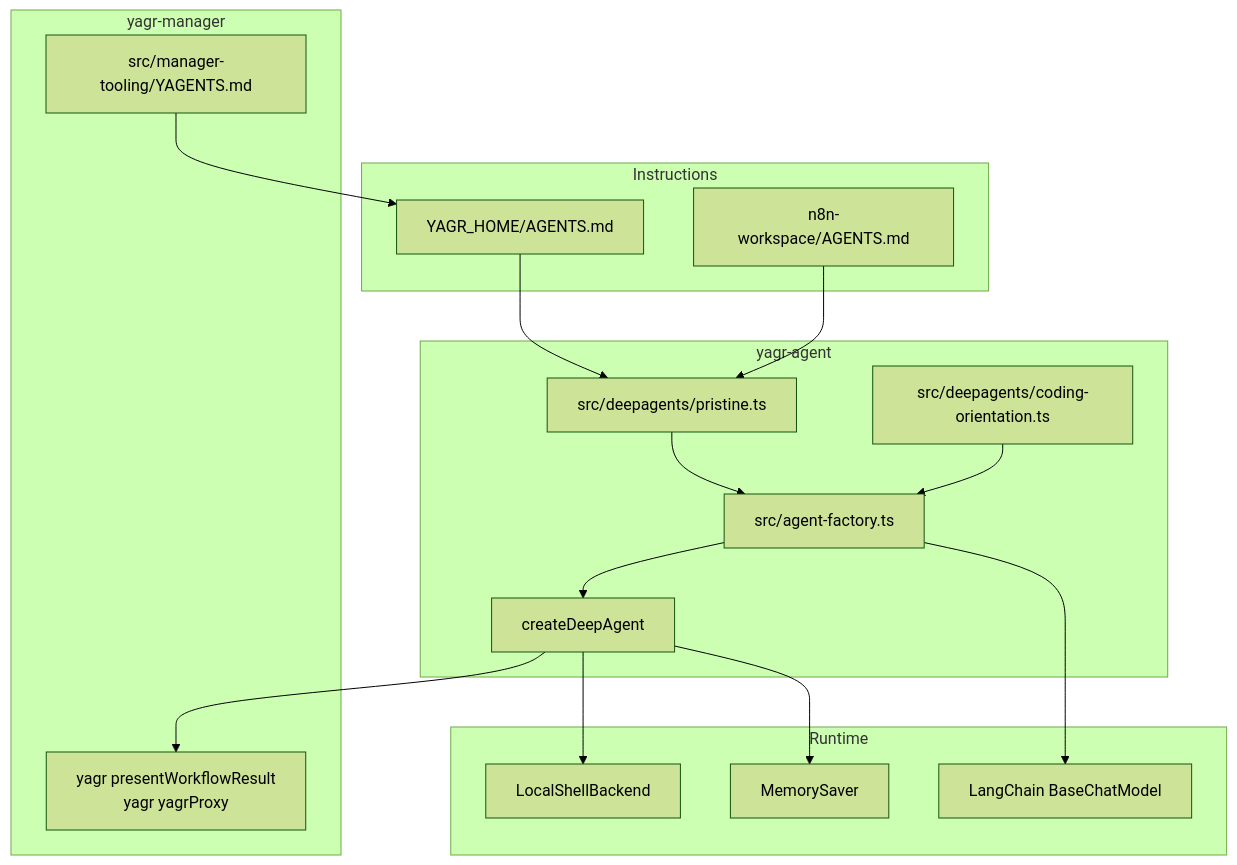
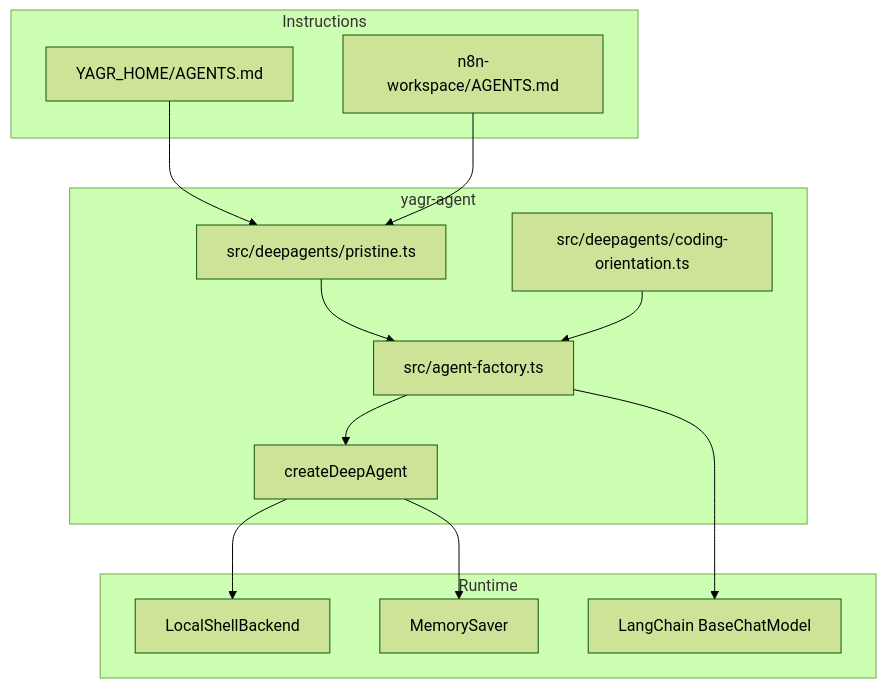
One commit to EtienneLescot/yagr changed the diagram in architecture/current/deepagents-agent.md. Above: the diagram before and after it, drawn with Mermaid (forest theme). The commit also changed other lines of this file and 127 other files, not shown here.

First line of the commit message:
refactor: decouple n8n manager logic from Yagr core

````diff
--- a/architecture/current/deepagents-agent.md
+++ b/architecture/current/deepagents-agent.md
@@ -27,36 +26,29 @@
 ```mermaid
 flowchart TD
     subgraph AgentCore["yagr-agent"]
         AF[src/agent-factory.ts]
         PR[src/deepagents/pristine.ts]
         CO[src/deepagents/coding-orientation.ts]
         DA[createDeepAgent]
     end
 
     subgraph InstructionLayer["Instructions"]
         HOME[YAGR_HOME/AGENTS.md]
         WORK[n8n-workspace/AGENTS.md]
     end
 
-    subgraph ManagerLayer["yagr-manager"]
-        CLI[yagr presentWorkflowResult\nyagr yagrProxy]
-        TEMPLATE[src/manager-tooling/YAGENTS.md]
-    end
-
     subgraph RuntimeLayer["Runtime"]
         BACKEND[LocalShellBackend]
         CHECKPOINT[MemorySaver]
         MODEL[LangChain BaseChatModel]
     end
 
-    TEMPLATE --> HOME
     HOME --> PR
     WORK --> PR
     PR --> AF
     CO --> AF
     AF --> DA
     DA --> BACKEND
     DA --> CHECKPOINT
     AF --> MODEL
-    DA --> CLI
 ```
````
